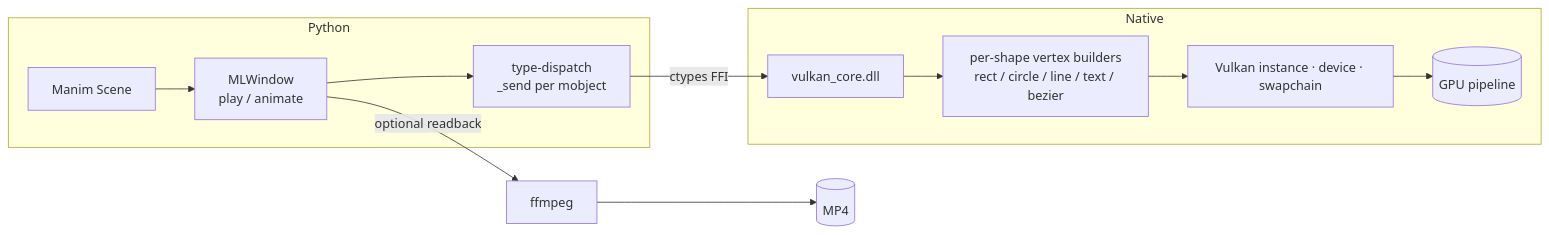
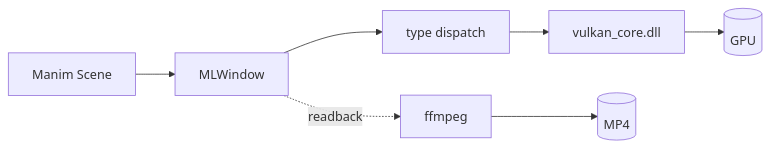
The diagram in README.md (BEGINWITHF/real-time-manim), drawn with Mermaid before and after one commit. The commit also changed other lines of this file and 3 other files, not shown here.

````diff
--- a/README.md
+++ b/README.md
@@ -255,15 +99,5 @@
 ```mermaid
 flowchart LR
-    subgraph Python
-        SC[Manim Scene] --> W[MLWindow<br/>play / animate]
-        W --> D[type-dispatch<br/>_send per mobject]
-    end
-    D -- "ctypes FFI" --> DLL[vulkan_core.dll]
-    subgraph Native
-        DLL --> C[per-shape vertex builders<br/>rect / circle / line / text / bezier]
-        C --> VK[Vulkan instance · device · swapchain]
-        VK --> GPU[(GPU pipeline)]
-    end
-    W -- optional readback --> FF[ffmpeg]
-    FF --> MP4[(MP4)]
+    SC[Manim Scene] --> W[MLWindow] --> D[type dispatch] --> DLL[vulkan_core.dll] --> GPU[(GPU)]
+    W -. readback .-> FF[ffmpeg] --> MP4[(MP4)]
 ```
````
